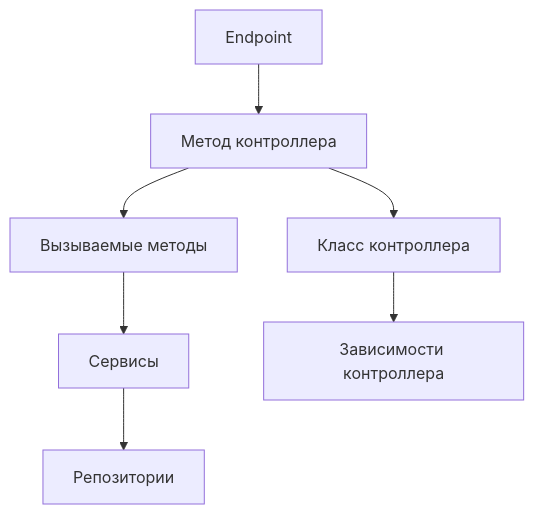
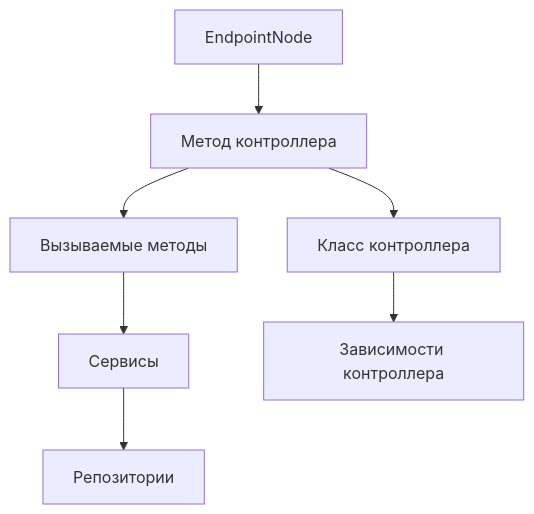
One commit to Lezhik/SpringTwin changed the first of 4 diagrams in src/main/java/twin/spring/report/AGENTS.md. Above: the diagram before and after it, drawn with Mermaid. The commit also changed other lines of this file and 73 other files, not shown here.

Commit message:
Sprint 1: Project Setup: Test architecture

````diff
--- a/src/main/java/twin/spring/report/AGENTS.md
+++ b/src/main/java/twin/spring/report/AGENTS.md
@@ -54,9 +54,9 @@
 ```mermaid
 graph TD
-    Endpoint[Endpoint] --> Method[Метод контроллера]
-    Method --> Controller[Класс контроллера]
-    Method --> Calls[Вызываемые методы]
+    EndpointNode[EndpointNode] --> MethodNode[Метод контроллера]
+    MethodNode --> ClassNode[Класс контроллера]
+    MethodNode --> Calls[Вызываемые методы]
     Calls --> Services[Сервисы]
     Services --> Repositories[Репозитории]
-    Controller --> Dependencies[Зависимости контроллера]
+    ClassNode --> Dependencies[Зависимости контроллера]
 ```
````
